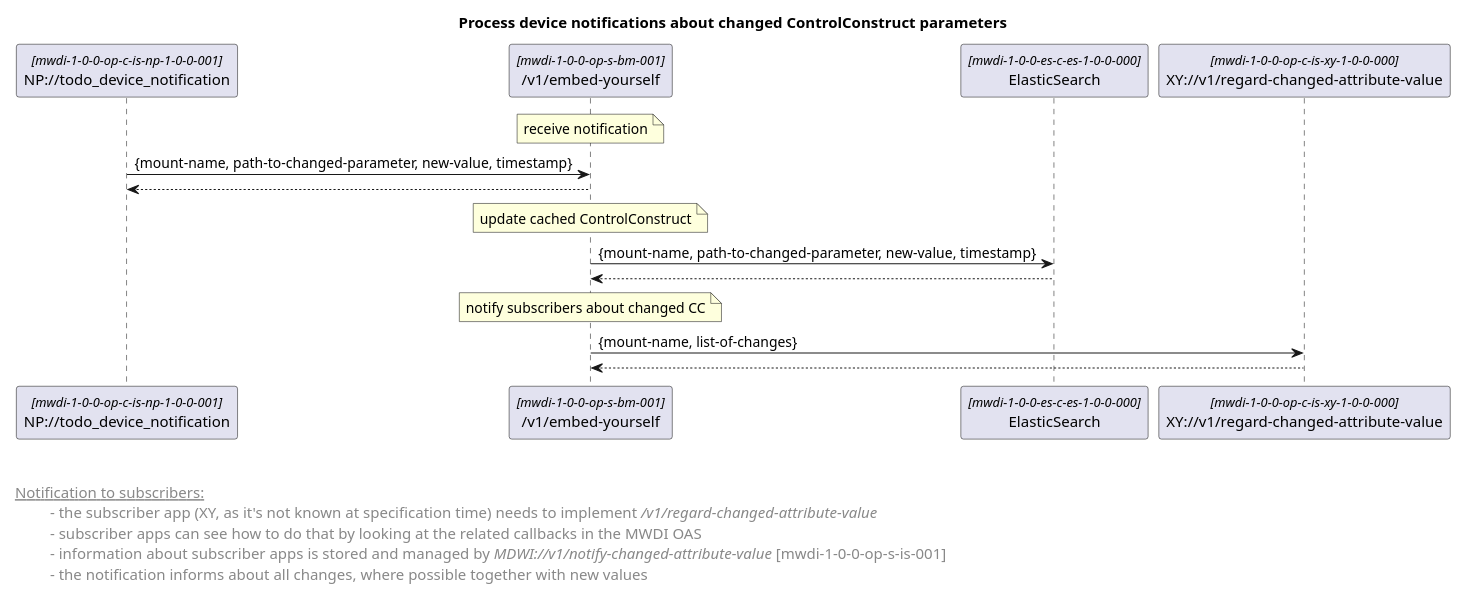
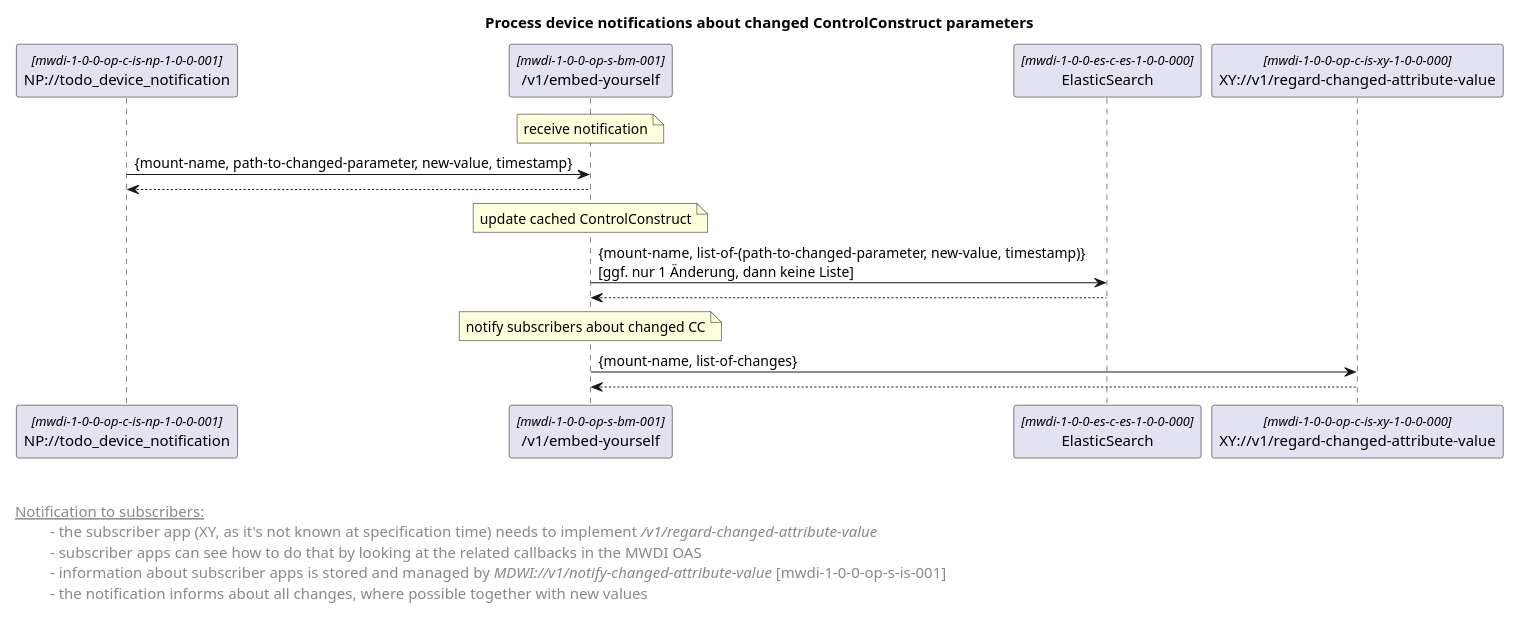
Before and after one commit to openBackhaul/MicroWaveDeviceInventory: the diagram in spec/_NEU_MIT_NOTIFICATION_PROXY_draft/diagrams/04x_forwardingProcessDeviceNotifications.plantuml, drawn with PlantUML.

Commit message:
finalize diagrams

```diff
--- a/spec/_NEU_MIT_NOTIFICATION_PROXY_draft/diagrams/04x_forwardingProcessDeviceNotifications.plantuml
+++ b/spec/_NEU_MIT_NOTIFICATION_PROXY_draft/diagrams/04x_forwardingProcessDeviceNotifications.plantuml
@@ -1,48 +1,48 @@
 @startuml
 skinparam responseMessageBelowArrow true
 skinparam guillemet [ ]
 skinparam participant {
   StereotypeFontSize 12  
 }
 
 title Process device notifications about changed ControlConstruct parameters
 
 'participants
 participant "NP://todo_device_notification" as npDevChangeNotif <<mwdi-1-0-0-op-c-is-np-1-0-0-001>>
 participant "/v1/embed-yourself" as mwdi <<mwdi-1-0-0-op-s-bm-001>>
 participant "ElasticSearch" as es <<mwdi-1-0-0-es-c-es-1-0-0-000>>
 participant "XY://v1/regard-changed-attribute-value" as notification <<mwdi-1-0-0-op-c-is-xy-1-0-0-000>>
 
 note over mwdi: receive notification
 npDevChangeNotif -> mwdi: {mount-name, path-to-changed-parameter, new-value, timestamp}
 mwdi --> npDevChangeNotif
 
 note over mwdi: update cached ControlConstruct
-mwdi -> es: {mount-name, path-to-changed-parameter, new-value, timestamp}
+mwdi -> es: {mount-name, list-of-(path-to-changed-parameter, new-value, timestamp)} \n[ggf. nur 1 Änderung, dann keine Liste]
 es --> mwdi
 
 note over mwdi: notify subscribers about changed CC
 mwdi -> notification: {mount-name, list-of-changes}
 notification --> mwdi
 
 
 
 left footer 
 
 
 <u> Notification to subscribers: </u>
 \t  - the subscriber app (XY, as it's not known at specification time) needs to implement <i>/v1/regard-changed-attribute-value</i>
 \t  - subscriber apps can see how to do that by looking at the related callbacks in the MWDI OAS 
 \t  - information about subscriber apps is stored and managed by <i>MDWI://v1/notify-changed-attribute-value</i> [mwdi-1-0-0-op-s-is-001]
 \t  - the notification informs about all changes, where possible together with new values
 
 end footer
 
 <style>
 footer {
   HorizontalAlignment left
   FontSize 14
 }
 </style>
 
 @enduml
```
